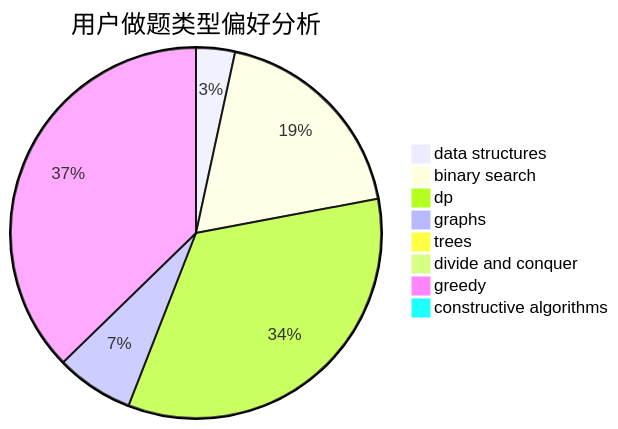
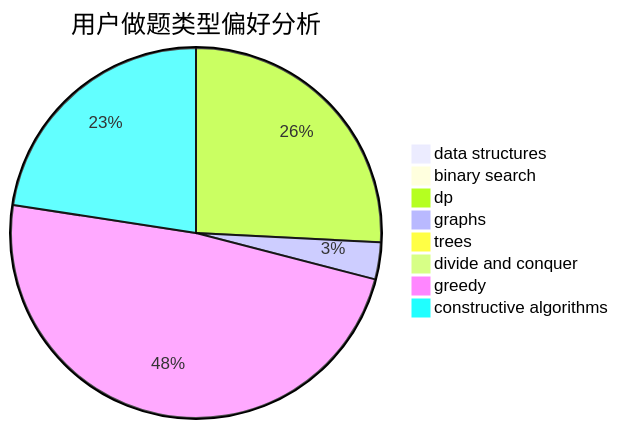
The second of 3 diagrams in docs/user/u1712.md (sherpahu/cfrs.github.io), drawn with Mermaid before and after one commit. The commit also changed other lines of this file and 2770 other files, not shown here.

````diff
--- a/docs/user/u1712.md
+++ b/docs/user/u1712.md
@@ -23,11 +23,11 @@
 ```mermaid
 pie title 用户做题类型偏好分析
-    "data structures" :  2
-    "binary search" :  11
-    "dp" :  20
-    "graphs" :  4
+    "data structures" :  0
+    "binary search" :  0
+    "dp" :  8
+    "graphs" :  1
     "trees" :  0
     "divide and conquer" :  0
-    "greedy" :  22
-    "constructive algorithms" :  0
+    "greedy" :  15
+    "constructive algorithms" :  7
 ```
````
